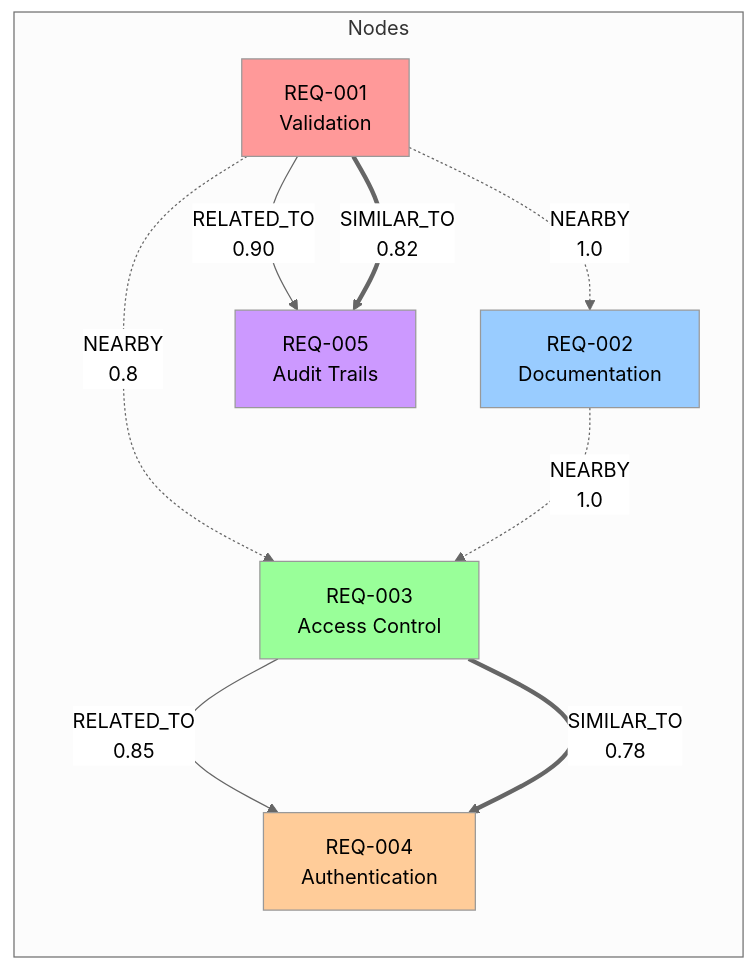
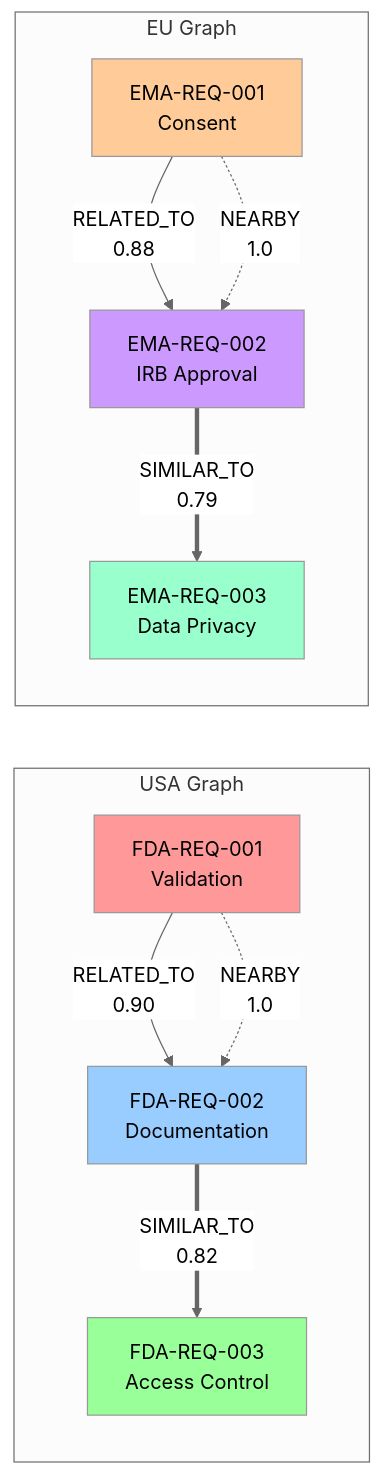
The second of 3 diagrams in backend-fastapi/README.md (vardhanshorewala/harmoniq), drawn with Mermaid (neutral theme) before and after one commit. The commit also changed other lines of this file and 9 other files, not shown here.

````diff
--- a/backend-fastapi/README.md
+++ b/backend-fastapi/README.md
@@ -53,26 +127,29 @@
 ```mermaid
 graph LR
-    subgraph "Nodes"
-        R1[REQ-001<br/>Validation]
-        R2[REQ-002<br/>Documentation]
-        R3[REQ-003<br/>Access Control]
-        R4[REQ-004<br/>Authentication]
-        R5[REQ-005<br/>Audit Trails]
+    subgraph "USA Graph"
+        R1[FDA-REQ-001<br/>Validation]
+        R2[FDA-REQ-002<br/>Documentation]
+        R3[FDA-REQ-003<br/>Access Control]
     end
     
+    subgraph "EU Graph"
+        E1[EMA-REQ-001<br/>Consent]
+        E2[EMA-REQ-002<br/>IRB Approval]
+        E3[EMA-REQ-003<br/>Data Privacy]
+    end
+    
+    R1 -->|RELATED_TO<br/>0.90| R2
+    R2 ==>|SIMILAR_TO<br/>0.82| R3
     R1 -.->|NEARBY<br/>1.0| R2
-    R1 -.->|NEARBY<br/>0.8| R3
-    R2 -.->|NEARBY<br/>1.0| R3
     
-    R1 -->|RELATED_TO<br/>0.90| R5
-    R3 -->|RELATED_TO<br/>0.85| R4
-    
-    R1 ==>|SIMILAR_TO<br/>0.82| R5
-    R3 ==>|SIMILAR_TO<br/>0.78| R4
+    E1 -->|RELATED_TO<br/>0.88| E2
+    E2 ==>|SIMILAR_TO<br/>0.79| E3
+    E1 -.->|NEARBY<br/>1.0| E2
     
     style R1 fill:#ff9999
     style R2 fill:#99ccff
     style R3 fill:#99ff99
-    style R4 fill:#ffcc99
-    style R5 fill:#cc99ff
+    style E1 fill:#ffcc99
+    style E2 fill:#cc99ff
+    style E3 fill:#99ffcc
 ```
````
